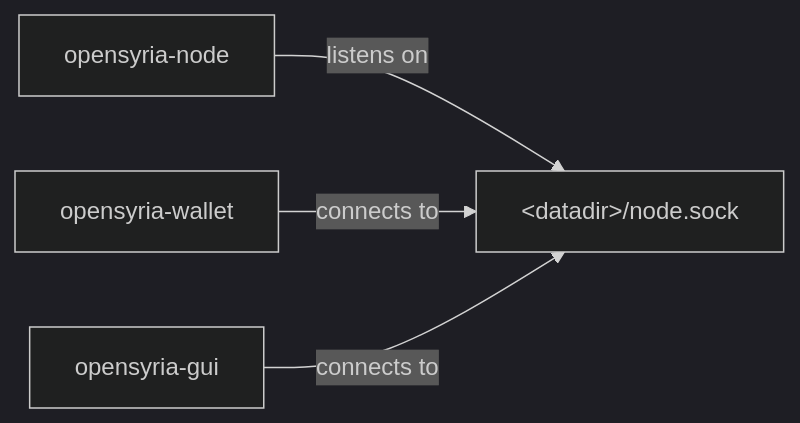
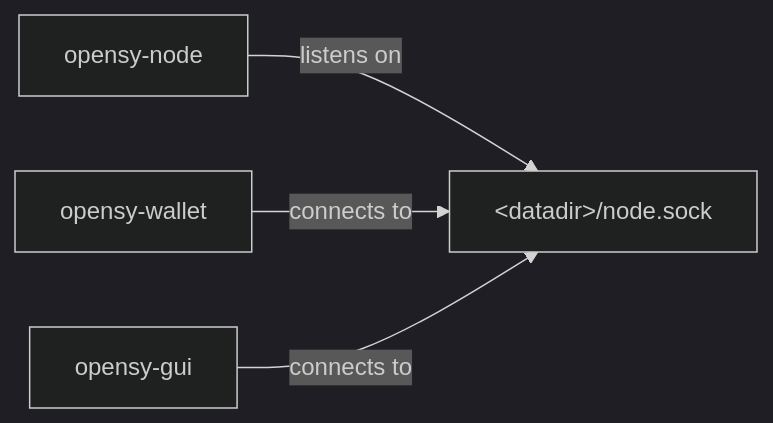
The first of 3 diagrams in doc/design/multiprocess.md (opensyria/OpenSyria), drawn with Mermaid (dark theme) before and after one commit. The commit also changed other lines of this file and 2018 other files, not shown here.

````diff
--- a/doc/design/multiprocess.md
+++ b/doc/design/multiprocess.md
@@ -29,6 +29,6 @@
 ```mermaid
 flowchart LR
-    node[opensyria-node] -- listens on --> socket["&lt;datadir&gt;/node.sock"]
-    wallet[opensyria-wallet] -- connects to --> socket
-    gui[opensyria-gui] -- connects to --> socket
+    node[opensy-node] -- listens on --> socket["&lt;datadir&gt;/node.sock"]
+    wallet[opensy-wallet] -- connects to --> socket
+    gui[opensy-gui] -- connects to --> socket
 ```
````
